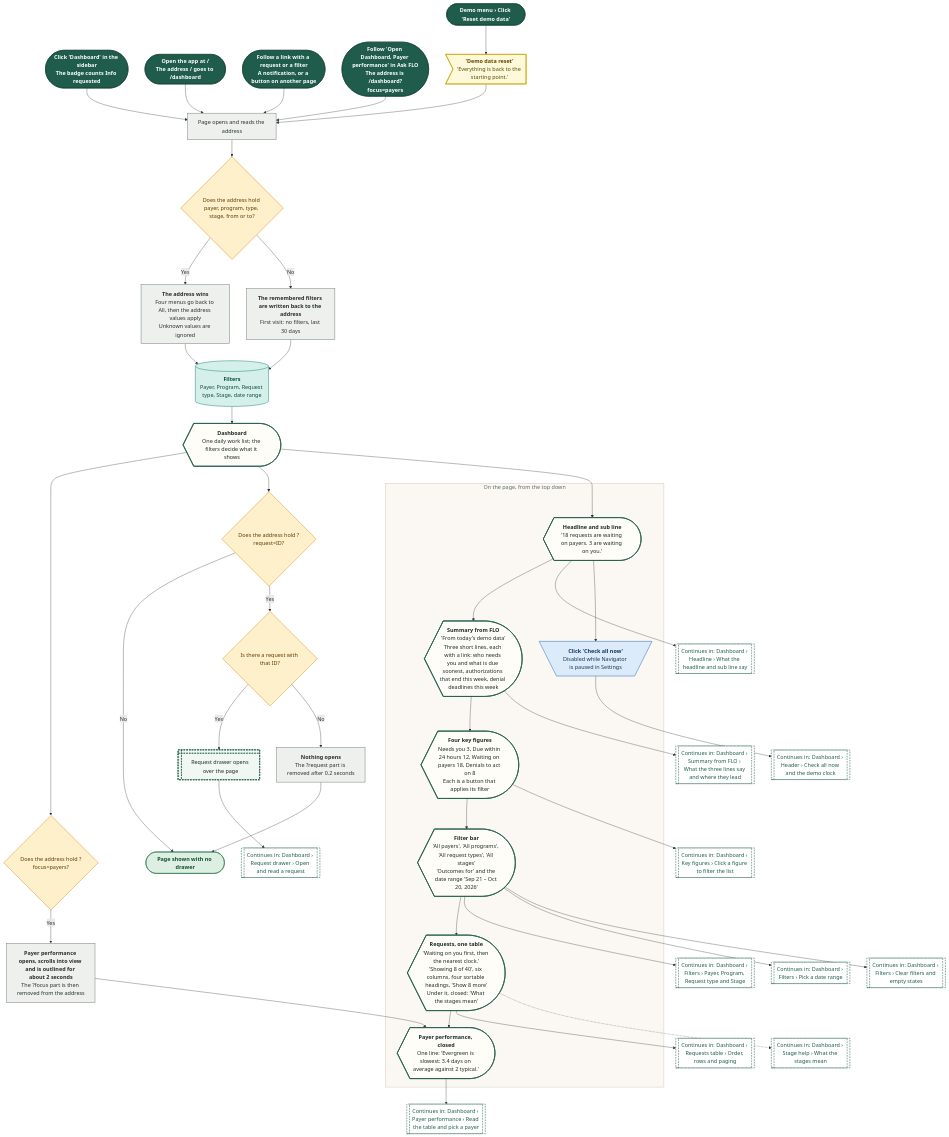
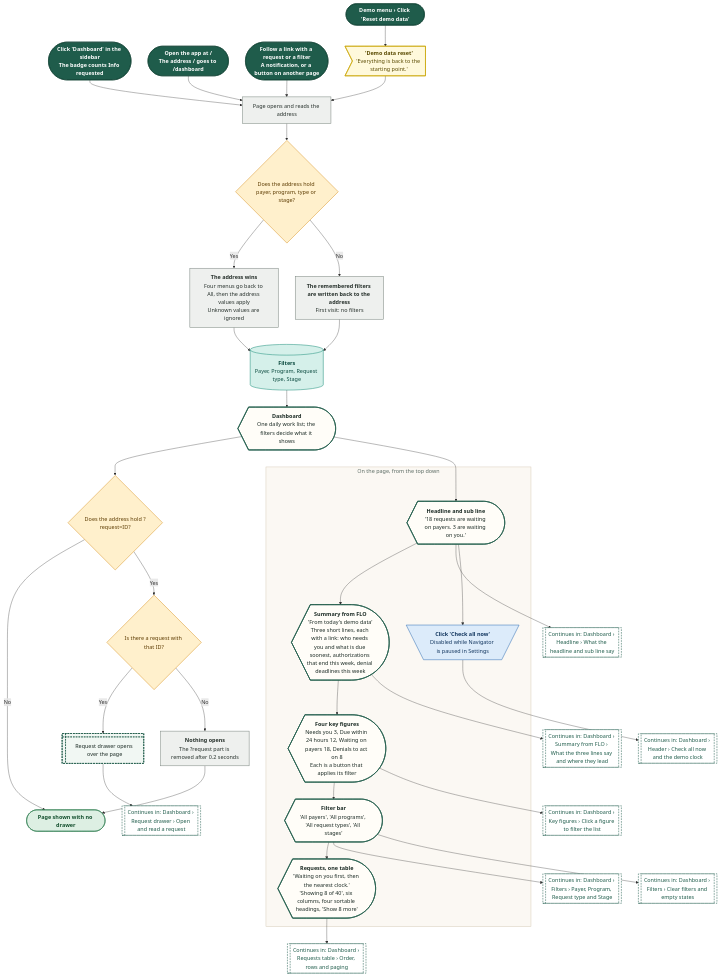
Before and after one commit to Shrav143/psyfloapp: the diagram in demos/prior-auth-demo/workflows/out/mmd/02-dashboard/10-arrive-on-the-dashboard.mmd, drawn with Mermaid. The commit also changed 36 other files, not shown here.

First line of the commit message:
docs: diagrams and docs follow the removal of stage help, payer performance and the date range (242 diagrams)

```diff
--- a/demos/prior-auth-demo/workflows/out/mmd/02-dashboard/10-arrive-on-the-dashboard.mmd
+++ b/demos/prior-auth-demo/workflows/out/mmd/02-dashboard/10-arrive-on-the-dashboard.mmd
@@ -1,95 +1,82 @@
 %%{init: {"theme":"base","themeVariables":{"fontFamily":"'DM Sans', 'Segoe UI', system-ui, sans-serif","fontSize":"15px","lineColor":"#5B6B63","primaryTextColor":"#1C2B25","clusterBkg":"#FBF8F3","clusterBorder":"#D9CDBB","edgeLabelBackground":"#FFFFFF"},"flowchart":{"curve":"basis","nodeSpacing":36,"rankSpacing":48,"padding":12,"htmlLabels":true,"useMaxWidth":false,"wrappingWidth":230}} }%%
 flowchart TD
   classDef k_start fill:#1F5C4B,stroke:#174638,color:#FFFFFF,stroke-width:1.5px,font-weight:600
   classDef k_end fill:#DDEFE3,stroke:#2E7D4F,color:#14502F,stroke-width:1.5px,font-weight:600
   classDef k_endx fill:#FBE3E0,stroke:#C0392B,color:#7A1F16,stroke-width:1.5px,font-weight:600
   classDef k_screen fill:#FFFDF8,stroke:#1F5C4B,color:#1C2B25,stroke-width:2px
   classDef k_overlay fill:#F1F7F3,stroke:#1F5C4B,color:#1C2B25,stroke-width:2px,stroke-dasharray:5 3
   classDef k_click fill:#DCEBFA,stroke:#2F6DB5,color:#12365F,stroke-width:1.5px
   classDef k_input fill:#E4E7FF,stroke:#4C5FD5,color:#1D2670,stroke-width:1.5px
   classDef k_process fill:#EEF0EE,stroke:#7A857F,color:#26302B,stroke-width:1.5px
   classDef k_agent fill:#EEE5FA,stroke:#7A4FC2,color:#341A63,stroke-width:1.5px
   classDef k_decision fill:#FFF0CC,stroke:#D9962B,color:#5C3B00,stroke-width:1.5px
   classDef k_store fill:#D5F0EA,stroke:#1C8E7B,color:#0B4A3F,stroke-width:1.5px
   classDef k_doc fill:#F6E9DC,stroke:#B07A4C,color:#4A2E14,stroke-width:1.5px
   classDef k_ext fill:#FFE6D2,stroke:#E07B39,color:#6B2F06,stroke-width:1.5px
   classDef k_wait fill:#E4E8EE,stroke:#6B7C93,color:#26303D,stroke-width:1.5px
   classDef k_toast fill:#FFF9DB,stroke:#C9A400,color:#5A4A00,stroke-width:1.5px
   classDef k_goto fill:#FFFFFF,stroke:#1F5C4B,color:#1F5C4B,stroke-width:1.5px,stroke-dasharray:5 3
   s1@{ shape: stadium, label: "<b>Click 'Dashboard' in the sidebar</b><br/>The badge counts Info requested" }
   s2@{ shape: stadium, label: "<b>Open the app at /</b><br/>The address / goes to /dashboard" }
   s3@{ shape: stadium, label: "<b>Follow a link with a request or a filter</b><br/>A notification, or a button on another page" }
   s4@{ shape: stadium, label: "Demo menu › Click 'Reset demo data'" }
-  s5@{ shape: stadium, label: "<b>Follow 'Open Dashboard, Payer performance' in Ask FLO</b><br/>The address is /dashboard?focus=payers" }
-  d4@{ shape: diam, label: "Does the address hold ?focus=payers?" }
-  pf@{ shape: rect, label: "<b>Payer performance opens, scrolls into view and is outlined for about 2 seconds</b><br/>The ?focus part is then removed from the address" }
   t1@{ shape: odd, label: "<b>'Demo data reset'</b><br/>'Everything is back to the starting point.'" }
   p1@{ shape: rect, label: "Page opens and reads the address" }
-  d1@{ shape: diam, label: "Does the address hold payer, program, type, stage, from or to?" }
+  d1@{ shape: diam, label: "Does the address hold payer, program, type or stage?" }
   p2@{ shape: rect, label: "<b>The address wins</b><br/>Four menus go back to All, then the address values apply<br/>Unknown values are ignored" }
-  p3@{ shape: rect, label: "<b>The remembered filters are written back to the address</b><br/>First visit: no filters, last 30 days" }
-  w1@{ shape: cyl, label: "<b>Filters</b><br/>Payer, Program, Request type, Stage, date range" }
+  p3@{ shape: rect, label: "<b>The remembered filters are written back to the address</b><br/>First visit: no filters" }
+  w1@{ shape: cyl, label: "<b>Filters</b><br/>Payer, Program, Request type, Stage" }
   sc@{ shape: curv-trap, label: "<b>Dashboard</b><br/>One daily work list; the filters decide what it shows" }
   d2@{ shape: diam, label: "Does the address hold ?request=ID?" }
   d3@{ shape: diam, label: "Is there a request with that ID?" }
   o1@{ shape: win-pane, label: "Request drawer opens over the page" }
   p4@{ shape: rect, label: "<b>Nothing opens</b><br/>The ?request part is removed after 0.2 seconds" }
   e1@{ shape: stadium, label: "Page shown with no drawer" }
   subgraph gPage ["On the page, from the top down"]
   h1@{ shape: curv-trap, label: "<b>Headline and sub line</b><br/>'18 requests are waiting on payers. 3 are waiting on you.'" }
   ca@{ shape: trap-t, label: "<b>Click 'Check all now'</b><br/>Disabled while Navigator is paused in Settings" }
   fs@{ shape: curv-trap, label: "<b>Summary from FLO</b><br/>'From today's demo data'<br/>Three short lines, each with a link: who needs you and what is due soonest, authorizations that end this week, denial deadlines this week" }
   kf@{ shape: curv-trap, label: "<b>Four key figures</b><br/>Needs you 3, Due within 24 hours 12, Waiting on payers 18, Denials to act on 8<br/>Each is a button that applies its filter" }
-  f1@{ shape: curv-trap, label: "<b>Filter bar</b><br/>'All payers', 'All programs', 'All request types', 'All stages'<br/>'Outcomes for' and the date range 'Sep 21 – Oct 20, 2026'" }
-  rq@{ shape: curv-trap, label: "<b>Requests, one table</b><br/>'Waiting on you first, then the nearest clock.'<br/>'Showing 8 of 40', six columns, four sortable headings, 'Show 8 more'<br/>Under it, closed: 'What the stages mean'" }
-  py@{ shape: curv-trap, label: "<b>Payer performance, closed</b><br/>One line: 'Evergreen is slowest: 3.4 days on average against 2 typical.'" }
+  f1@{ shape: curv-trap, label: "<b>Filter bar</b><br/>'All payers', 'All programs', 'All request types', 'All stages'" }
+  rq@{ shape: curv-trap, label: "<b>Requests, one table</b><br/>'Waiting on you first, then the nearest clock.'<br/>'Showing 8 of 40', six columns, four sortable headings, 'Show 8 more'" }
   end
   g1@{ shape: subproc, label: "Continues in: Dashboard › Request drawer › Open and read a request" }
   g2@{ shape: subproc, label: "Continues in: Dashboard › Headline › What the headline and sub line say" }
   g3@{ shape: subproc, label: "Continues in: Dashboard › Header › Check all now and the demo clock" }
   g4@{ shape: subproc, label: "Continues in: Dashboard › Filters › Payer, Program, Request type and Stage" }
   g5@{ shape: subproc, label: "Continues in: Dashboard › Key figures › Click a figure to filter the list" }
   g10@{ shape: subproc, label: "Continues in: Dashboard › Summary from FLO › What the three lines say and where they lead" }
-  g11@{ shape: subproc, label: "Continues in: Dashboard › Stage help › What the stages mean" }
   g6@{ shape: subproc, label: "Continues in: Dashboard › Requests table › Order, rows and paging" }
-  g7@{ shape: subproc, label: "Continues in: Dashboard › Payer performance › Read the table and pick a payer" }
-  g8@{ shape: subproc, label: "Continues in: Dashboard › Filters › Pick a date range" }
   g9@{ shape: subproc, label: "Continues in: Dashboard › Filters › Clear filters and empty states" }
   s1 --> p1
   s2 --> p1
   s3 --> p1
-  s5 --> p1
   s4 --> t1 --> p1
   p1 --> d1
   d1 -->|"Yes"| p2 --> w1
   d1 -->|"No"| p3 --> w1
   w1 --> sc
-  sc --> d4
-  d4 -->|"Yes"| pf --> py
   sc --> d2
   d2 -->|"No"| e1
   d2 -->|"Yes"| d3
   d3 -->|"Yes"| o1 --> g1
   d3 -->|"No"| p4 --> e1
-  sc --> h1 --> fs --> kf --> f1 --> rq --> py
+  sc --> h1 --> fs --> kf --> f1 --> rq
   h1 --> g2
   h1 --> ca --> g3
   fs --> g10
   f1 --> g4
-  f1 --> g8
   f1 --> g9
   kf --> g5
   rq --> g6
-  rq -.-> g11
-  py --> g7
-  class s1,s2,s3,s4,s5 k_start
-  class d4,d1,d2,d3 k_decision
-  class pf,p1,p2,p3,p4 k_process
+  class s1,s2,s3,s4 k_start
   class t1 k_toast
+  class p1,p2,p3,p4 k_process
+  class d1,d2,d3 k_decision
   class w1 k_store
-  class sc,h1,fs,kf,f1,rq,py k_screen
+  class sc,h1,fs,kf,f1,rq k_screen
   class o1 k_overlay
   class e1 k_end
   class ca k_click
-  class g1,g2,g3,g4,g5,g10,g11,g6,g7,g8,g9 k_goto
+  class g1,g2,g3,g4,g5,g10,g6,g9 k_goto
   style gPage fill:#FBF8F3,stroke:#D9CDBB,stroke-width:1.5px,color:#5B6B63
```
